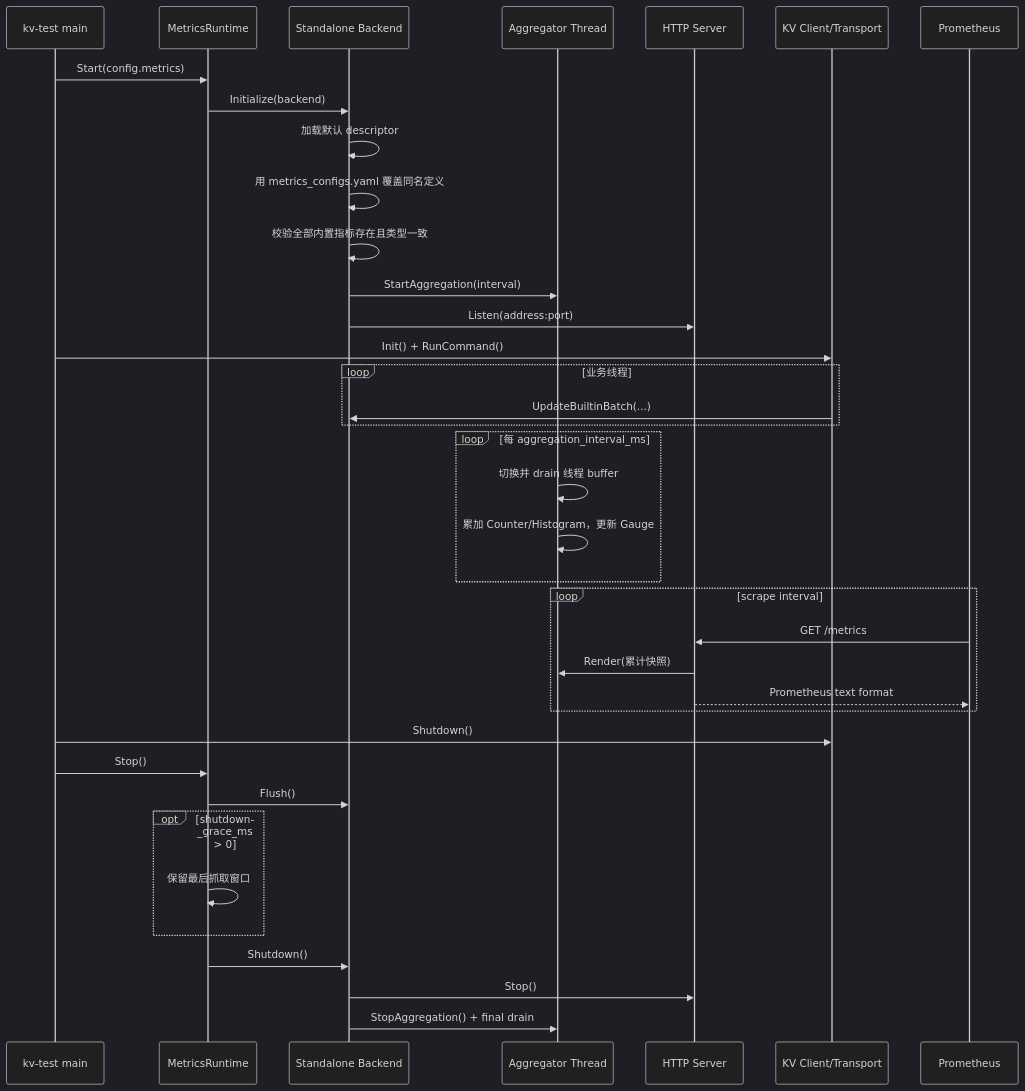
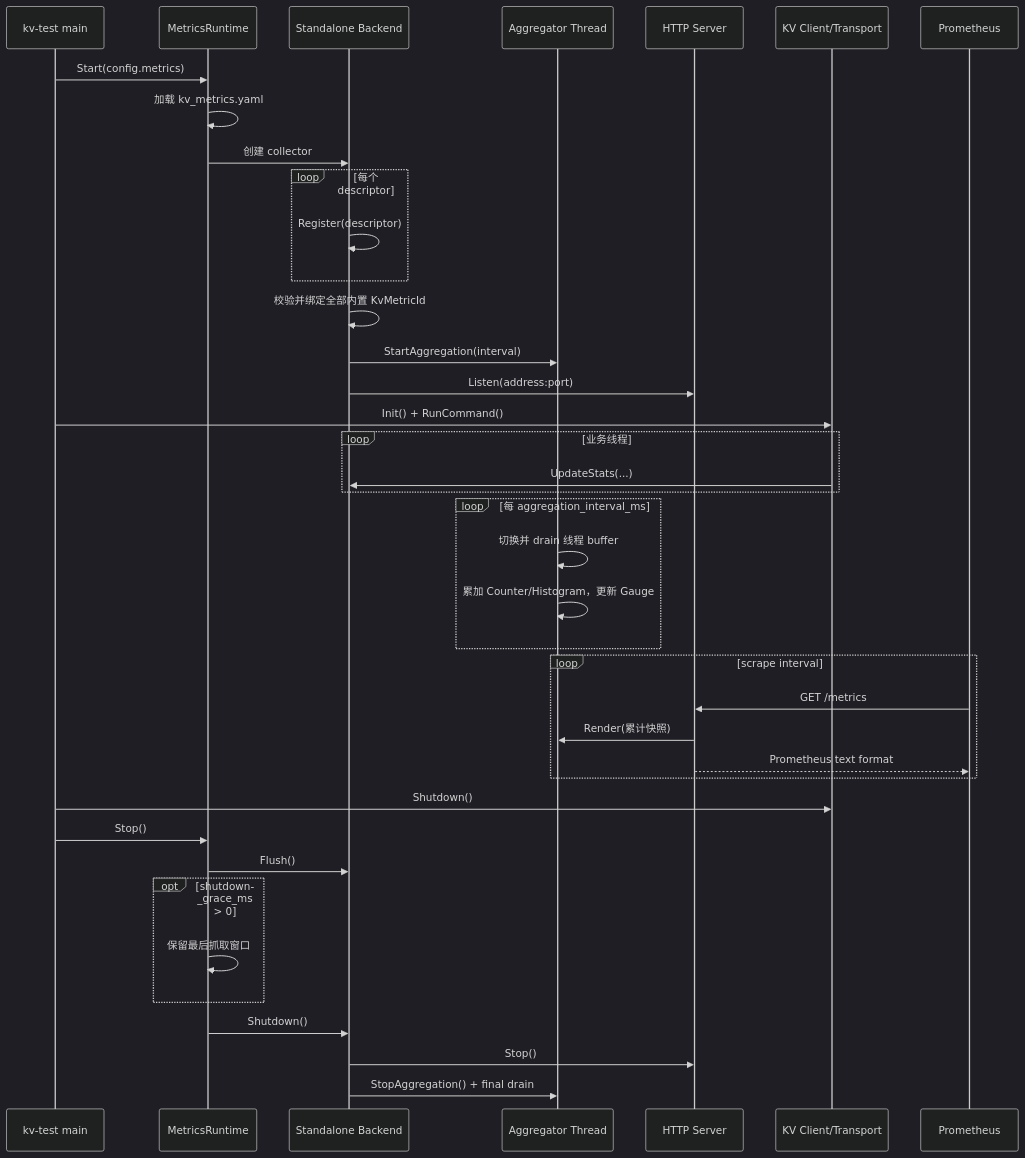
The first of 3 diagrams in docs/source/user-guide/metrics/kv_metrics_architecture_zh.md (yuanzhg078/unified-cache-management), drawn with Mermaid (dark theme) before and after one commit. The commit also changed other lines of this file and 25 other files, not shown here.

````diff
--- a/docs/source/user-guide/metrics/kv_metrics_architecture_zh.md
+++ b/docs/source/user-guide/metrics/kv_metrics_architecture_zh.md
@@ -184,40 +182,42 @@
 ```mermaid
 sequenceDiagram
     participant Main as kv-test main
     participant MR as MetricsRuntime
     participant MB as Standalone Backend
     participant Agg as Aggregator Thread
     participant HTTP as HTTP Server
     participant KV as KV Client/Transport
     participant P as Prometheus
 
     Main->>MR: Start(config.metrics)
-    MR->>MB: Initialize(backend)
-    MB->>MB: 加载默认 descriptor
-    MB->>MB: 用 metrics_configs.yaml 覆盖同名定义
-    MB->>MB: 校验全部内置指标存在且类型一致
+    MR->>MR: 加载 kv_metrics.yaml
+    MR->>MB: 创建 collector
+    loop 每个 descriptor
+        MB->>MB: Register(descriptor)
+    end
+    MB->>MB: 校验并绑定全部内置 KvMetricId
     MB->>Agg: StartAggregation(interval)
     MB->>HTTP: Listen(address:port)
     Main->>KV: Init() + RunCommand()
     loop 业务线程
-        KV->>MB: UpdateBuiltinBatch(...)
+        KV->>MB: UpdateStats(...)
     end
     loop 每 aggregation_interval_ms
         Agg->>Agg: 切换并 drain 线程 buffer
         Agg->>Agg: 累加 Counter/Histogram，更新 Gauge
     end
     loop scrape interval
         P->>HTTP: GET /metrics
         HTTP->>Agg: Render(累计快照)
         HTTP-->>P: Prometheus text format
     end
     Main->>KV: Shutdown()
     Main->>MR: Stop()
     MR->>MB: Flush()
     opt shutdown_grace_ms > 0
         MR->>MR: 保留最后抓取窗口
     end
     MR->>MB: Shutdown()
     MB->>HTTP: Stop()
     MB->>Agg: StopAggregation() + final drain
 ```
````
